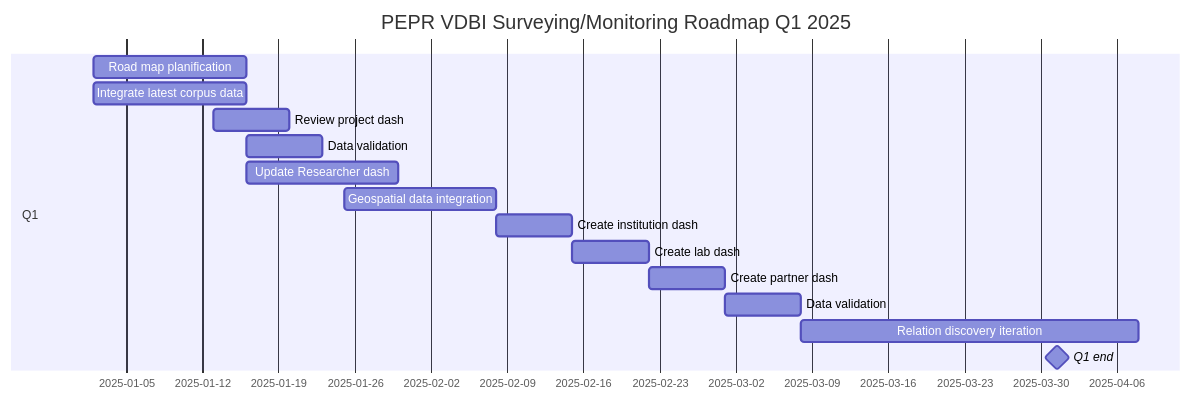
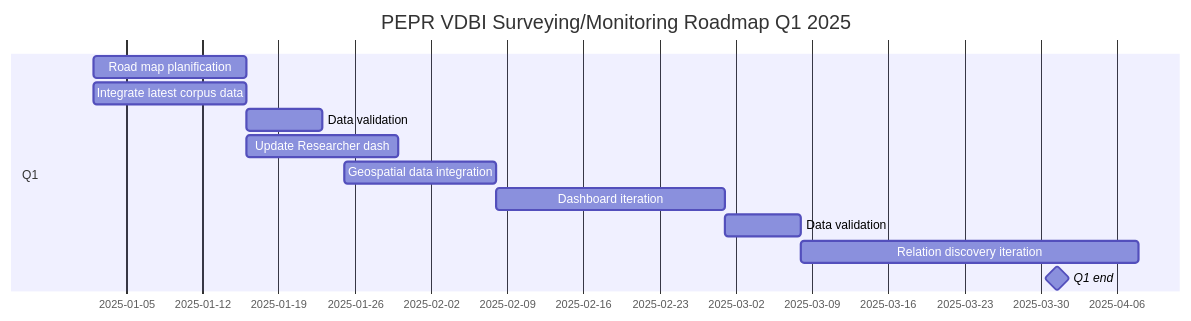
Before and after one commit to VCityTeam/PEPR-VDBI: the first of 2 diagrams in docs/README.md, drawn with Mermaid.

Commit message:
update roadmap

````diff
--- a/docs/README.md
+++ b/docs/README.md
@@ -40,20 +40,17 @@
 ```mermaid
 gantt
     title PEPR VDBI Surveying/Monitoring Roadmap Q1 2025
     dateFormat  DD-MM-YYYY
 
     %name                           %status     %tag    %start          %duration
     section Q1
     Road map planification          :           q1i1,   02-01-2025,     2w
     Integrate latest corpus data    :           q1i2,   02-01-2025,     2w
-    Review project dash             :           q1i5,   13-01-2025,     1w
     Data validation                 :           q1i3,   after q1i2,     1w
     Update Researcher dash          :           q1i6,   after q1i2,     2w
     Geospatial data integration     :           q1i4,   25-01-2025,     2w
-    Create institution dash         :           q1i9,   after q1i4,     1w
-    Create lab dash                 :           q1i10,  after q1i9,     1w
-    Create partner dash             :           q1i11,  after q1i10,    1w
-    Data validation                 :           q1i7,   after q1i11,    1w
+    Dashboard iteration             :           q1i9,   after q1i4,     3w
+    Data validation                 :           q1i7,   after q1i9,     1w
     Relation discovery iteration    :           q1i8,   after q1i7,     1M
     Q1 end                          :milestone, q1,     31-03-2025,     1d
 ```
````
